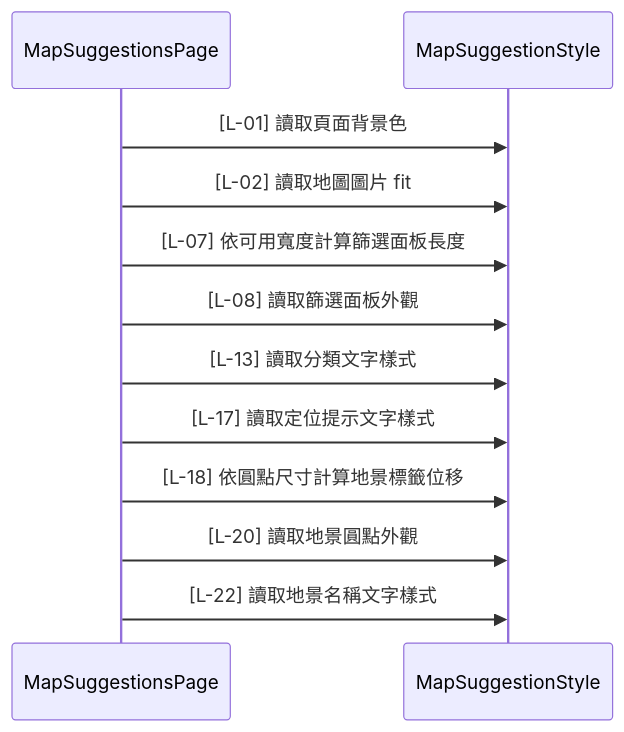
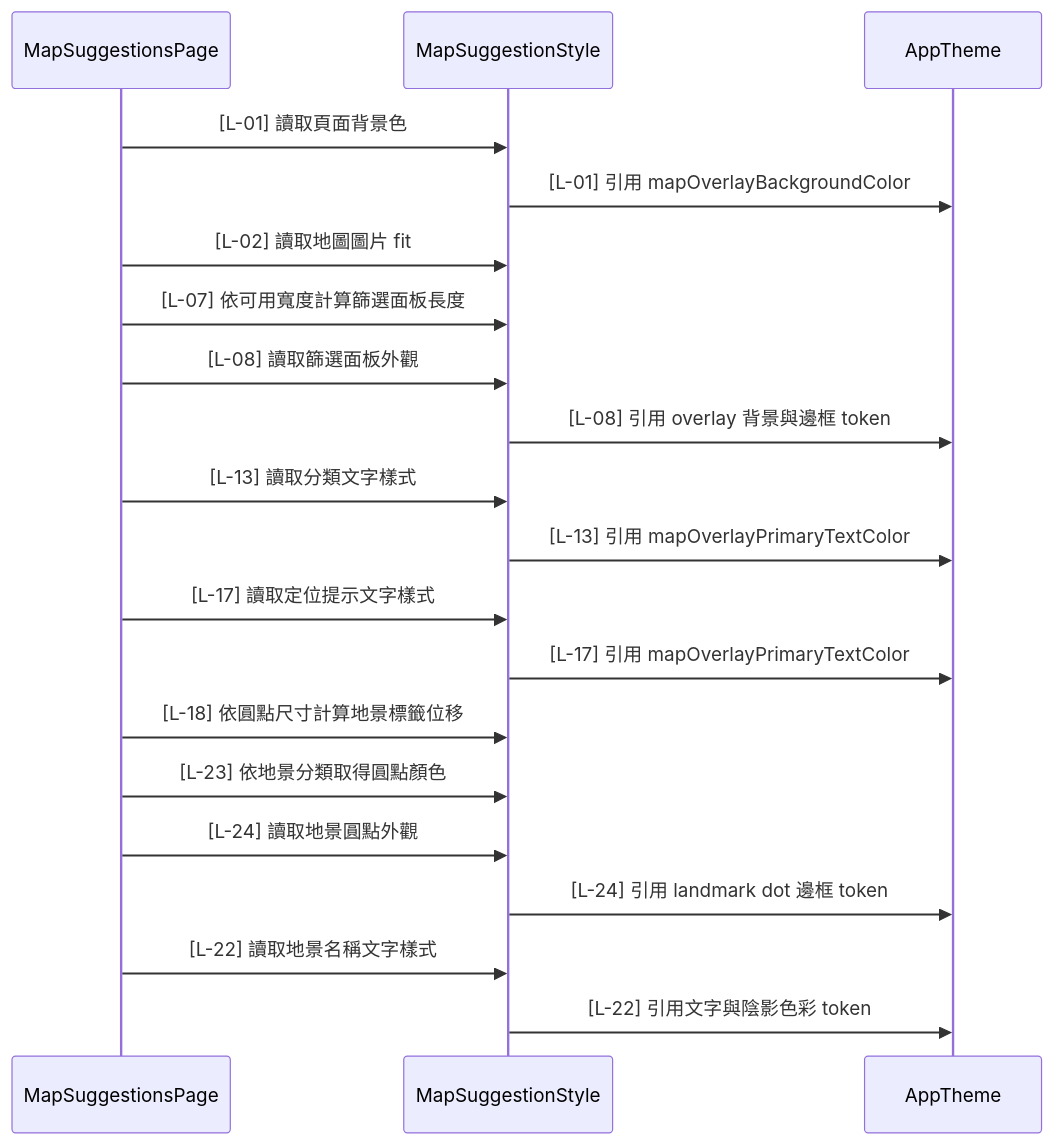
One commit to Henry-120/Campus-tour changed the diagram in campus_tour/test/testMd/map_suggestion_style.md. Above: the diagram before and after it, drawn with Mermaid. The commit also changed other lines of this file and 5 other files, not shown here.

````diff
--- a/campus_tour/test/testMd/map_suggestion_style.md
+++ b/campus_tour/test/testMd/map_suggestion_style.md
@@ -88,14 +103,22 @@
 ```mermaid
 sequenceDiagram
   participant Page as MapSuggestionsPage
   participant Style as MapSuggestionStyle
+  participant Theme as AppTheme
   Page->>Style: [L-01] 讀取頁面背景色
+  Style->>Theme: [L-01] 引用 mapOverlayBackgroundColor
   Page->>Style: [L-02] 讀取地圖圖片 fit
   Page->>Style: [L-07] 依可用寬度計算篩選面板長度
   Page->>Style: [L-08] 讀取篩選面板外觀
+  Style->>Theme: [L-08] 引用 overlay 背景與邊框 token
   Page->>Style: [L-13] 讀取分類文字樣式
+  Style->>Theme: [L-13] 引用 mapOverlayPrimaryTextColor
   Page->>Style: [L-17] 讀取定位提示文字樣式
+  Style->>Theme: [L-17] 引用 mapOverlayPrimaryTextColor
   Page->>Style: [L-18] 依圓點尺寸計算地景標籤位移
-  Page->>Style: [L-20] 讀取地景圓點外觀
+  Page->>Style: [L-23] 依地景分類取得圓點顏色
+  Page->>Style: [L-24] 讀取地景圓點外觀
+  Style->>Theme: [L-24] 引用 landmark dot 邊框 token
   Page->>Style: [L-22] 讀取地景名稱文字樣式
+  Style->>Theme: [L-22] 引用文字與陰影色彩 token
 ```
````
